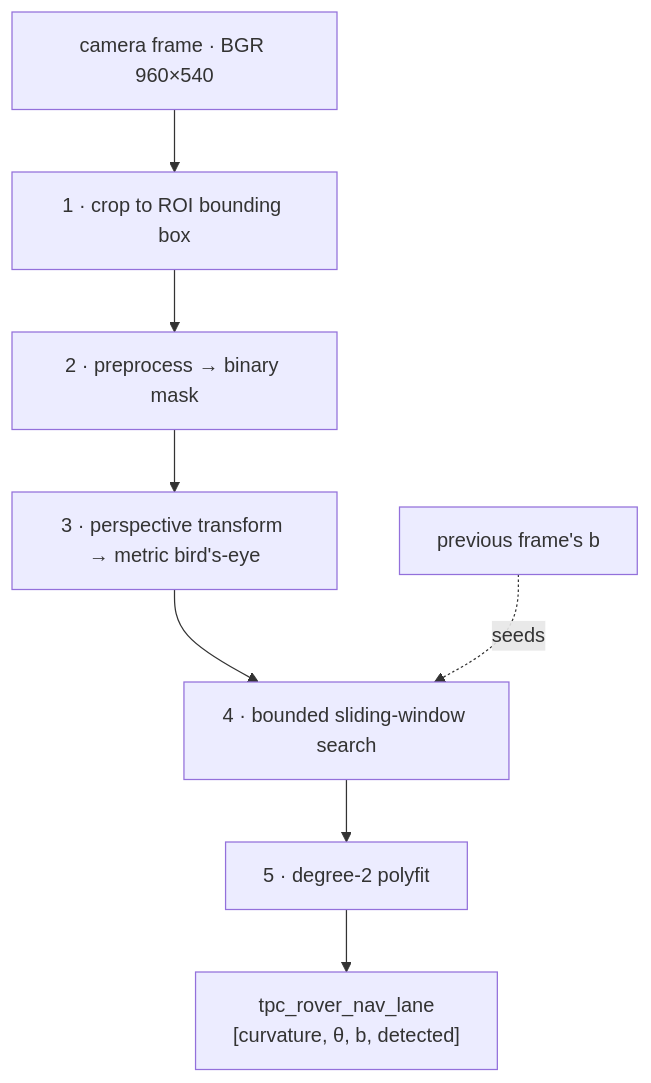
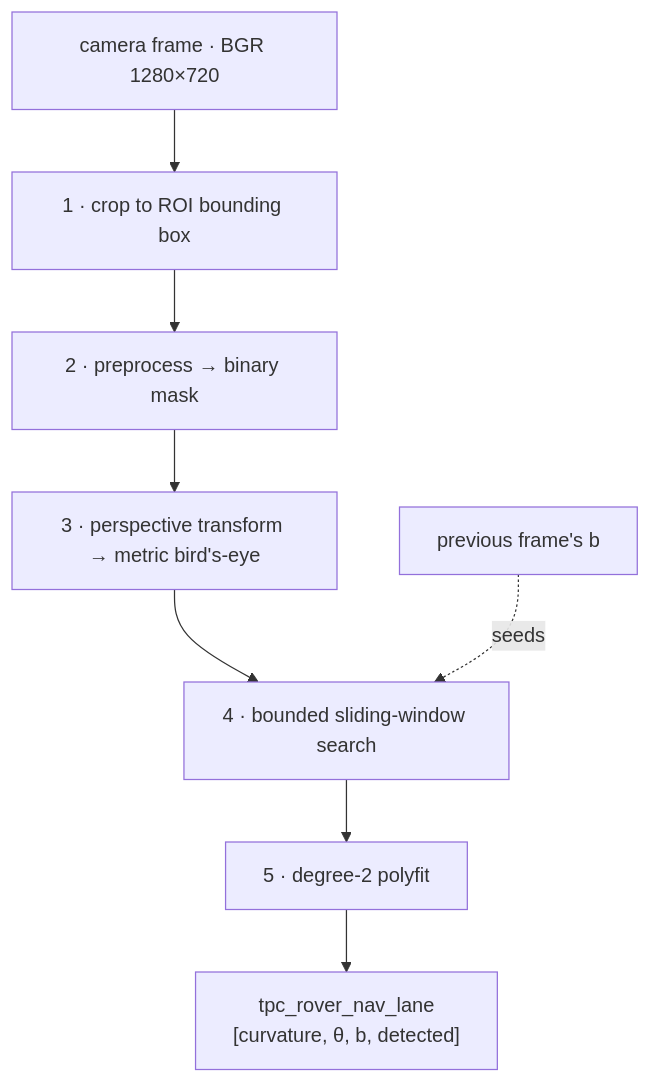
One commit to RoboticsGG/almondmatcha changed the diagram in docs/VISION_PIPELINE.md. Above: the diagram before and after it, drawn with Mermaid. The commit also changed other lines of this file and 34 other files, not shown here.

````diff
--- a/docs/VISION_PIPELINE.md
+++ b/docs/VISION_PIPELINE.md
@@ -18,10 +18,10 @@
 ```mermaid
 flowchart TD
-    CAM["camera frame · BGR 960×540"] --> CROP["1 · crop to ROI bounding box"]
+    CAM["camera frame · BGR 1280×720"] --> CROP["1 · crop to ROI bounding box"]
     CROP --> PRE["2 · preprocess → binary mask"]
     PRE --> WARP["3 · perspective transform → metric bird's-eye"]
     WARP --> WIN["4 · bounded sliding-window search"]
     WIN --> FIT["5 · degree-2 polyfit"]
     FIT --> OUT["tpc_rover_nav_lane\n[curvature, θ, b, detected]"]
     SEED["previous frame's b"] -. seeds .-> WIN
 ```
````
